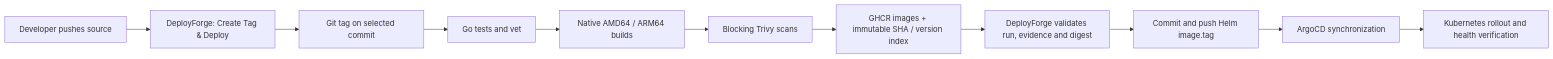
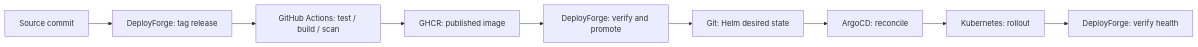
Before and after one commit to harmohanjeetkaur/deployForge: the diagram in README.md, drawn with Mermaid. The commit also changed other lines of this file and 25 other files, not shown here.

````diff
--- a/README.md
+++ b/README.md
@@ -24,13 +45,11 @@
 ```mermaid
 flowchart LR
-    Source[Developer pushes source] --> UI[DeployForge: Create Tag & Deploy]
-    UI --> Tag[Git tag on selected commit]
-    Tag --> CI[Go tests and vet]
-    CI --> Images[Native AMD64 / ARM64 builds]
-    Images --> Scan[Blocking Trivy scans]
-    Scan --> GHCR[GHCR images + immutable SHA / version index]
-    GHCR --> Verify[DeployForge validates run, evidence and digest]
-    Verify --> Helm[Commit and push Helm image.tag]
-    Helm --> Argo[ArgoCD synchronization]
-    Argo --> K8s[Kubernetes rollout and health verification]
+    Developer[Source commit] --> Dashboard[DeployForge: tag release]
+    Dashboard --> CI[GitHub Actions: test / build / scan]
+    CI --> Registry[GHCR: published image]
+    Registry --> Coordinator[DeployForge: verify and promote]
+    Coordinator --> Git[Git: Helm desired state]
+    Git --> Argo[ArgoCD: reconcile]
+    Argo --> Cluster[Kubernetes: rollout]
+    Cluster --> Health[DeployForge: verify health]
 ```
````
